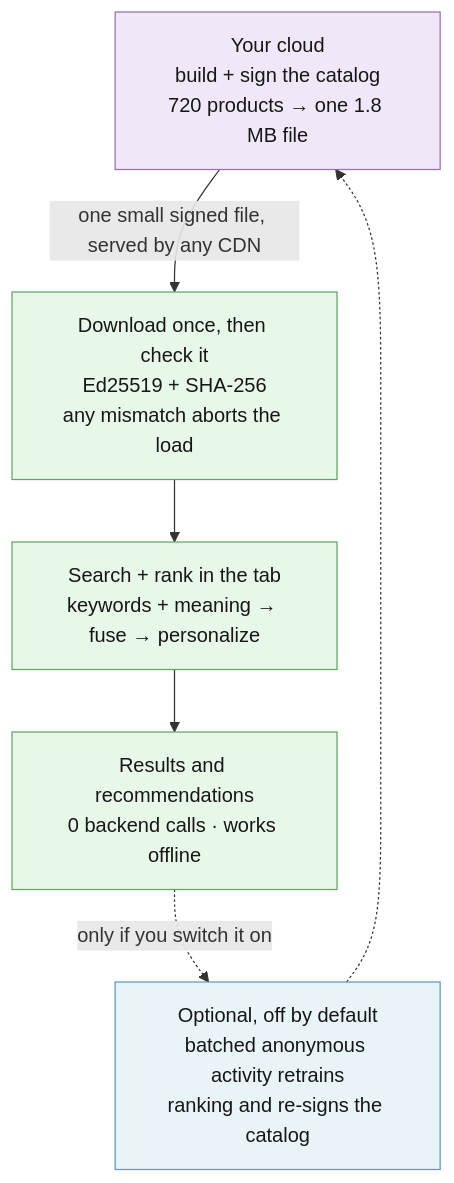
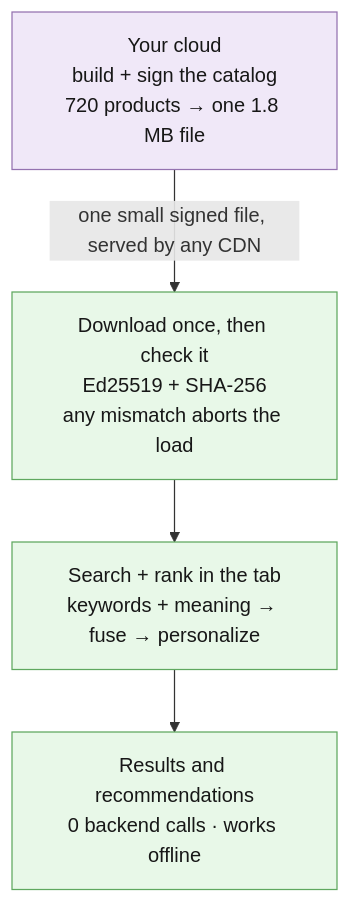
Before and after one commit to gainratio/edge-reco: the fourth of 4 diagrams in docs/ARCHITECTURE.md, drawn with Mermaid. The commit also changed other lines of this file and 110 other files, not shown here.

````diff
--- a/docs/ARCHITECTURE.md
+++ b/docs/ARCHITECTURE.md
@@ -304,20 +300,15 @@
 ```mermaid
 flowchart TB
   build["Your cloud<br>build + sign the catalog<br>720 products → one 1.8 MB file"]
   sync["Download once, then check it<br>Ed25519 + SHA-256<br>any mismatch aborts the load"]
   engine["Search + rank in the tab<br>keywords + meaning → fuse → personalize"]
   recs["Results and recommendations<br>0 backend calls · works offline"]
-  learn["Optional, off by default<br>batched anonymous activity retrains<br>ranking and re-signs the catalog"]
 
   build -->|"one small signed file, served by any CDN"| sync
   sync --> engine --> recs
-  recs -.->|"only if you switch it on"| learn
-  learn -.-> build
 
   classDef cloud fill:#f0e8f8,stroke:#9472b0,color:#171717;
   classDef device fill:#e8f8e8,stroke:#5fa85f,color:#171717;
-  classDef opt fill:#e8f4f8,stroke:#5b9bbf,color:#171717;
   class build cloud;
   class sync,engine,recs device;
-  class learn opt;
 ```
````
